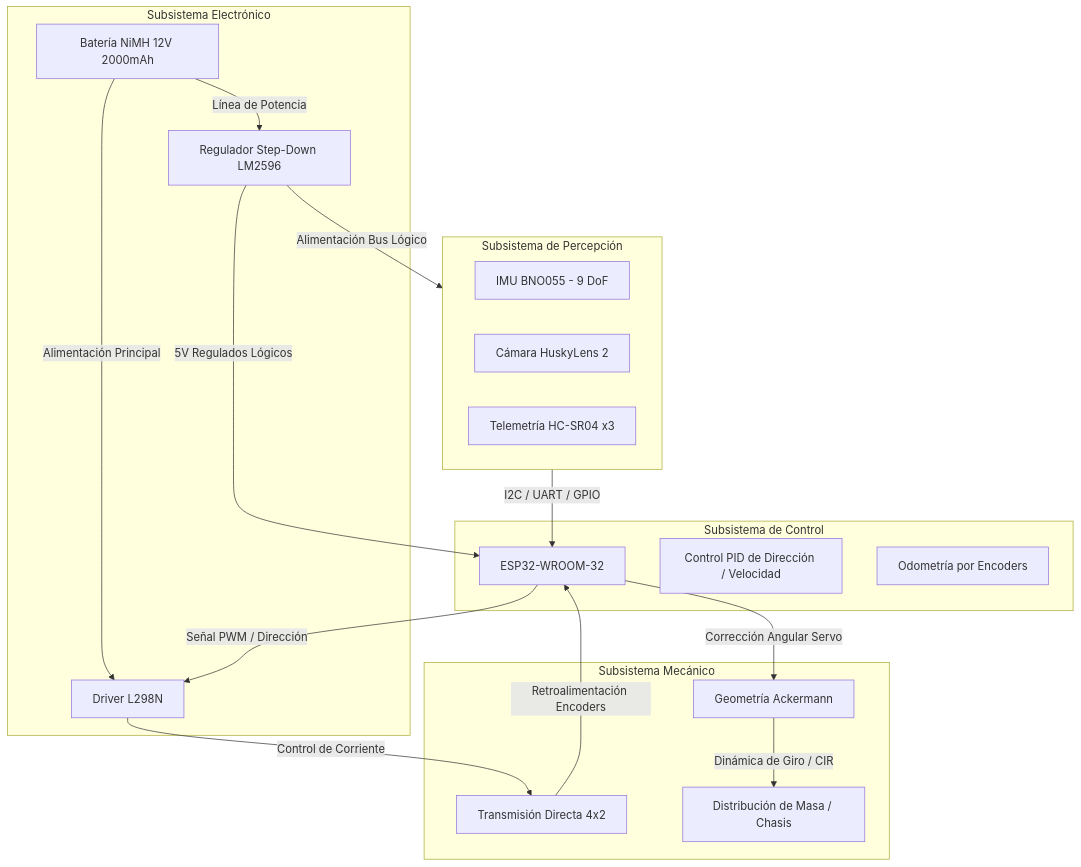
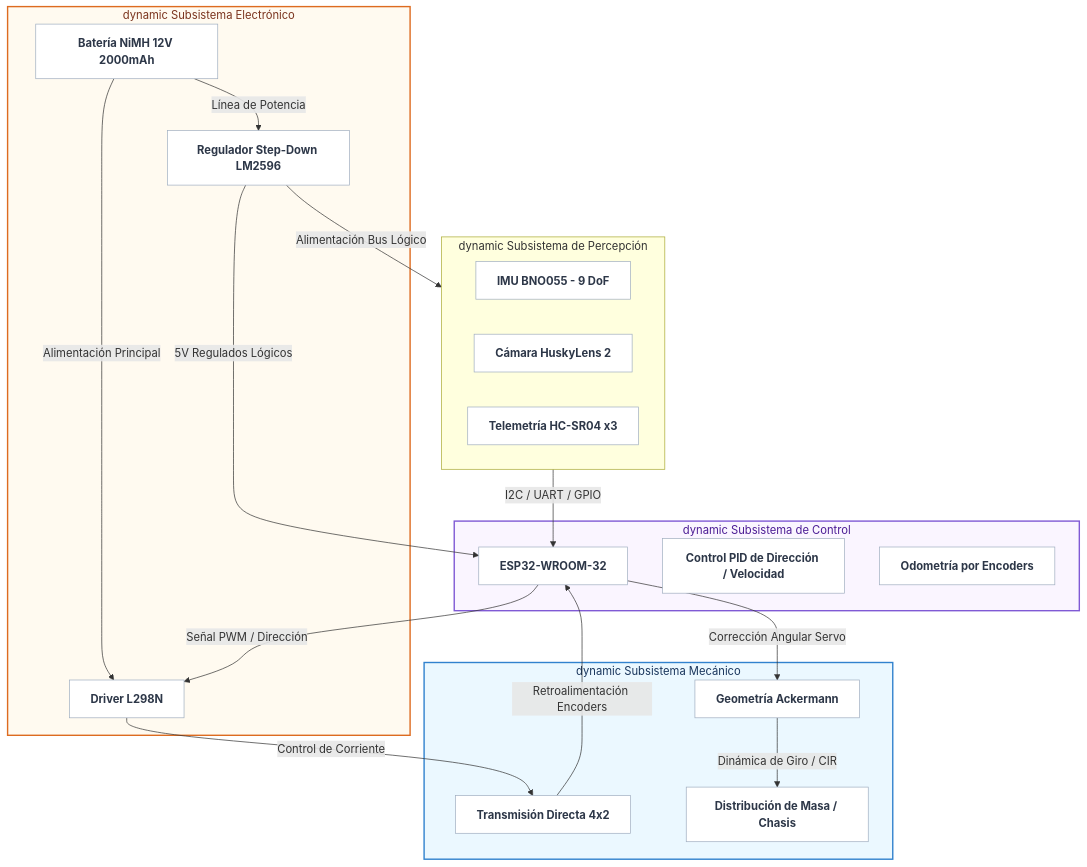
One commit to yosoycrix/Valrepo-WRO-2026 changed the ninth of 10 diagrams in README.md. Above: the diagram before and after it, drawn with Mermaid. The commit also changed other lines of this file, not shown here.

````diff
--- a/README.md
+++ b/README.md
@@ -3890,41 +3890,54 @@
 ```mermaid
 graph TD
-    %% Nodos Principales
-    subgraph Mecanica ["Subsistema Mecánico"]
-        A1[Geometría Ackermann]
-        A2[Transmisión Directa 4x2]
-        A3[Distribución de Masa / Chasis]
+    %% Estilos Visuales
+    classDef mec fill:#ebf8ff,stroke:#3182ce,stroke-width:2px,color:#1a365d;
+    classDef elec fill:#fffaf0,stroke:#dd6b20,stroke-width:2px,color:#7b341e;
+    classDef sens fill:#f0fff4,stroke:#38a169,stroke-width:2px,color:#22543d;
+    classDef soft fill:#faf5ff,stroke:#805ad5,stroke-width:2px,color:#4c1d95;
+    classDef nodeStyle fill:#ffffff,stroke:#a0aec0,stroke-width:1px,color:#2d3748,font-weight:bold;
+
+    %% Subsistemas
+    subgraph Mecanica [" dynamic Subsistema Mecánico "]
+        A1[Geometría Ackermann]:::nodeStyle
+        A2[Transmisión Directa 4x2]:::nodeStyle
+        A3[Distribución de Masa / Chasis]:::nodeStyle
     end
 
-    subgraph Electronica ["Subsistema Electrónico"]
-        B1[Batería NiMH 12V 2000mAh]
-        B2[Regulador Step-Down LM2596]
-        B3[Driver L298N]
+    subgraph Electronica [" dynamic Subsistema Electrónico "]
+        B1[Batería NiMH 12V 2000mAh]:::nodeStyle
+        B2[Regulador Step-Down LM2596]:::nodeStyle
+        B3[Driver L298N]:::nodeStyle
     end
 
-    subgraph Sensórica ["Subsistema de Percepción"]
-        C1[IMU BNO055 - 9 DoF]
-        C2[Cámara HuskyLens 2]
-        C3[Telemetría HC-SR04 x3]
+    subgraph Sensórica [" dynamic Subsistema de Percepción "]
+        C1[IMU BNO055 - 9 DoF]:::nodeStyle
+        C2[Cámara HuskyLens 2]:::nodeStyle
+        C3[Telemetría HC-SR04 x3]:::nodeStyle
     end
 
-    subgraph Software ["Subsistema de Control"]
-        D1[ESP32-WROOM-32]
-        D2[Control PID de Dirección / Velocidad]
-        D3[Odometría por Encoders]
+    subgraph Software [" dynamic Subsistema de Control "]
+        D1[ESP32-WROOM-32]:::nodeStyle
+        D2[Control PID de Dirección / Velocidad]:::nodeStyle
+        D3[Odometría por Encoders]:::nodeStyle
     end
+
+    %% Aplicación de Estilos a Subgrafos
+    class Mecanica mec;
+    class Electronica elec;
+    class Sensórica sens;
+    class Software soft;
 
     %% Relaciones Cruzadas
     B1 -->|Alimentación Principal| B3
     B1 -->|Línea de Potencia| B2
     B2 -->|5V Regulados Lógicos| D1
     B2 -->|Alimentación Bus Lógico| Sensórica
     
     D1 -->|Señal PWM / Dirección| B3
     B3 -->|Control de Corriente| A2
     A2 -->|Retroalimentación Encoders| D1
     
     Sensórica -->|I2C / UART / GPIO| D1
     D1 -->|Corrección Angular Servo| A1
     A1 -->|Dinámica de Giro / CIR| A3
 ```
````
